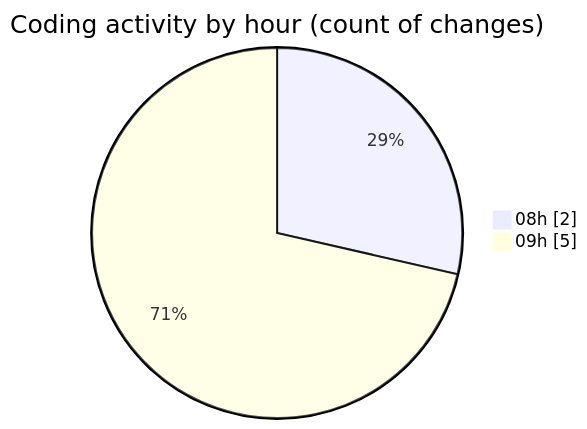
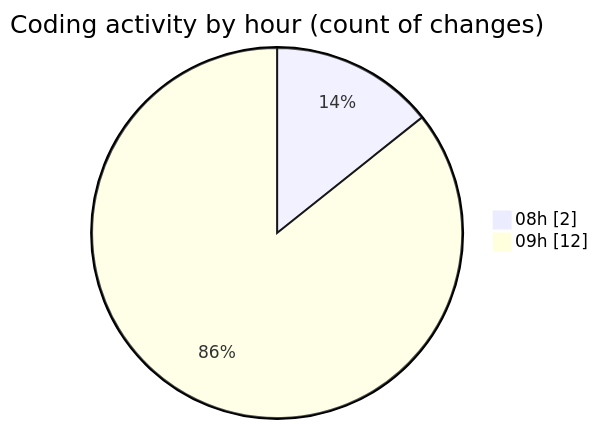
One commit to Elitesun/code-tracking changed the second of 2 diagrams in 2025-05-20/niten/README.md. Above: the diagram before and after it, drawn with Mermaid. The commit also changed other lines of this file and 1 other file, not shown here.

````diff
--- a/2025-05-20/niten/README.md
+++ b/2025-05-20/niten/README.md
@@ -29,6 +34,6 @@
 ```mermaid
 pie showData
 title Coding activity by hour (count of changes)
 "08h" : 2
-"09h" : 5
+"09h" : 12
 ```
````
